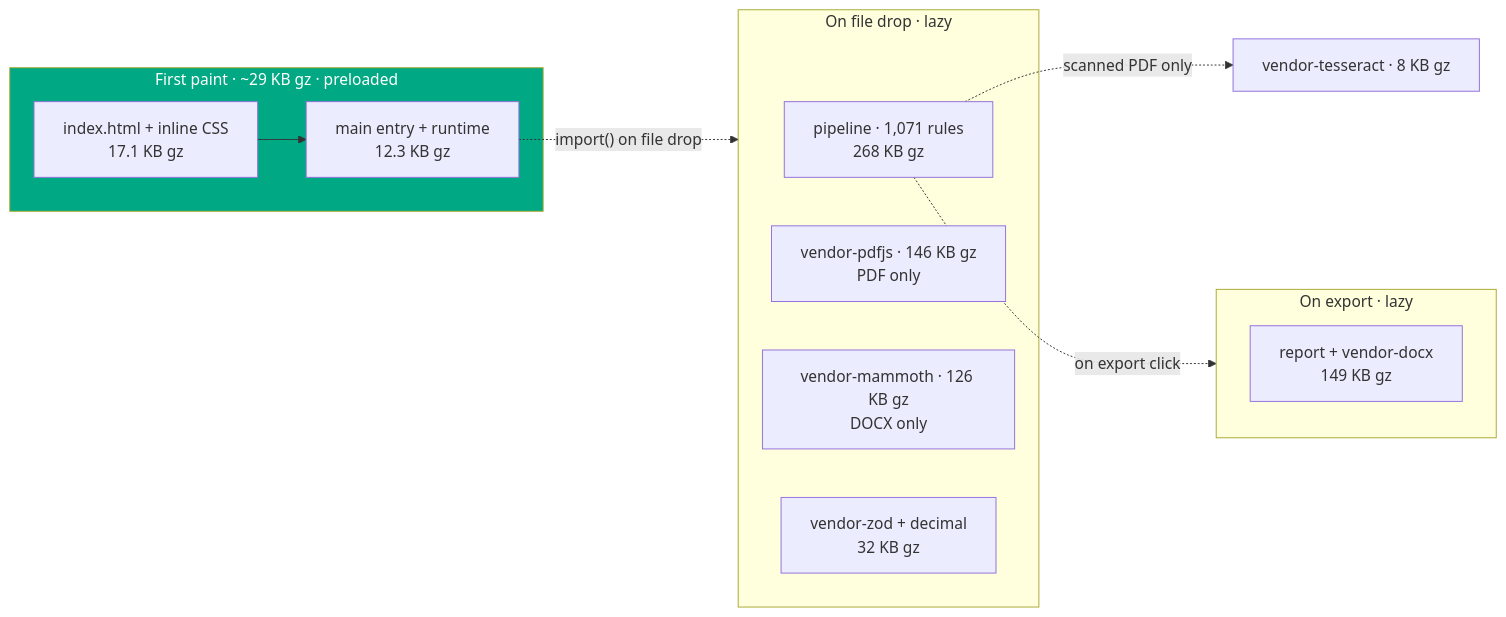
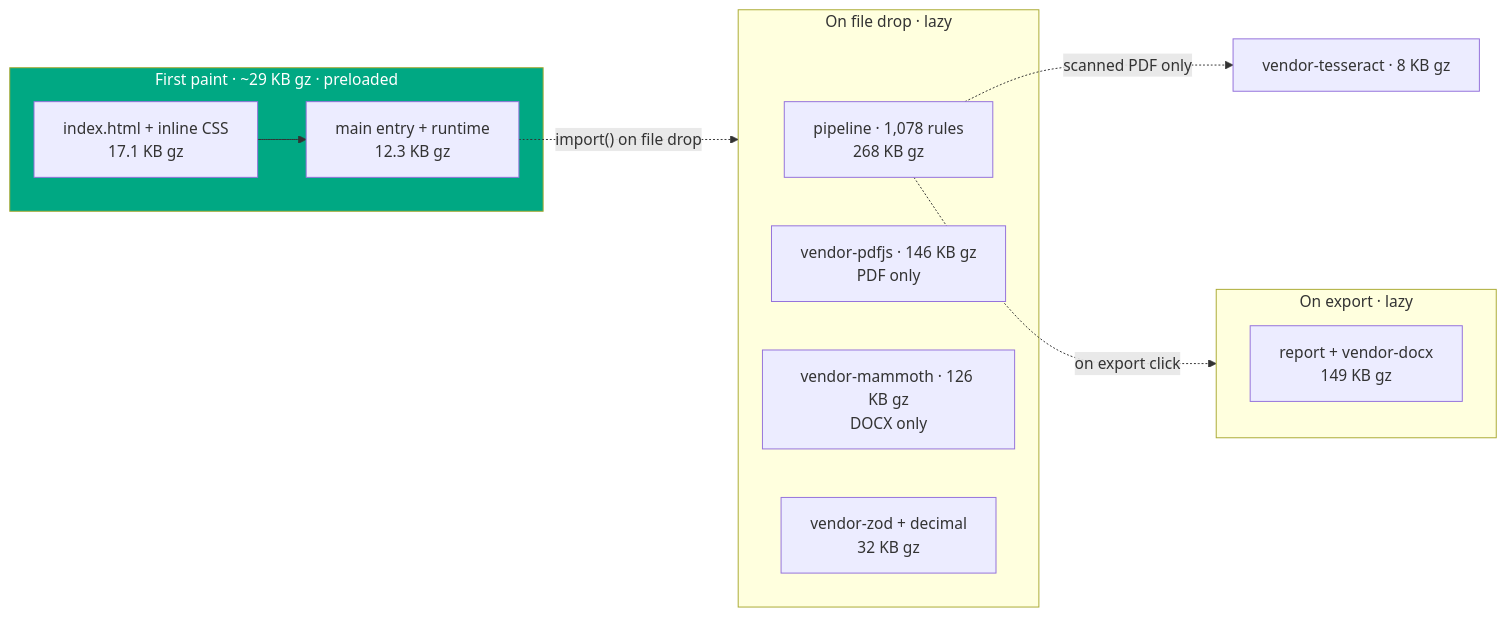
Before and after one commit to clay-good/vaulytica: the tenth of 11 diagrams in README.md, drawn with Mermaid. The commit also changed other lines of this file and 100 other files, not shown here.

````diff
--- a/README.md
+++ b/README.md
@@ -1266,19 +1266,19 @@
 ```mermaid
 flowchart LR
   subgraph FP["First paint · ~29 KB gz · preloaded"]
     H[index.html + inline CSS<br/>17.1 KB gz] --> M[main entry + runtime<br/>12.3 KB gz]
   end
   M -. "import() on file drop" .-> DROP
   subgraph DROP["On file drop · lazy"]
-    P[pipeline · 1,071 rules<br/>268 KB gz]
+    P[pipeline · 1,078 rules<br/>268 KB gz]
     PDF[vendor-pdfjs · 146 KB gz<br/>PDF only]
     DOCXIN[vendor-mammoth · 126 KB gz<br/>DOCX only]
     Z[vendor-zod + decimal<br/>32 KB gz]
   end
   P -. "on export click" .-> EXP
   subgraph EXP["On export · lazy"]
     RPT[report + vendor-docx<br/>149 KB gz]
   end
   P -. "scanned PDF only" .-> OCR[vendor-tesseract · 8 KB gz]
   style FP fill:#00A883,color:#fff
 ```
````
